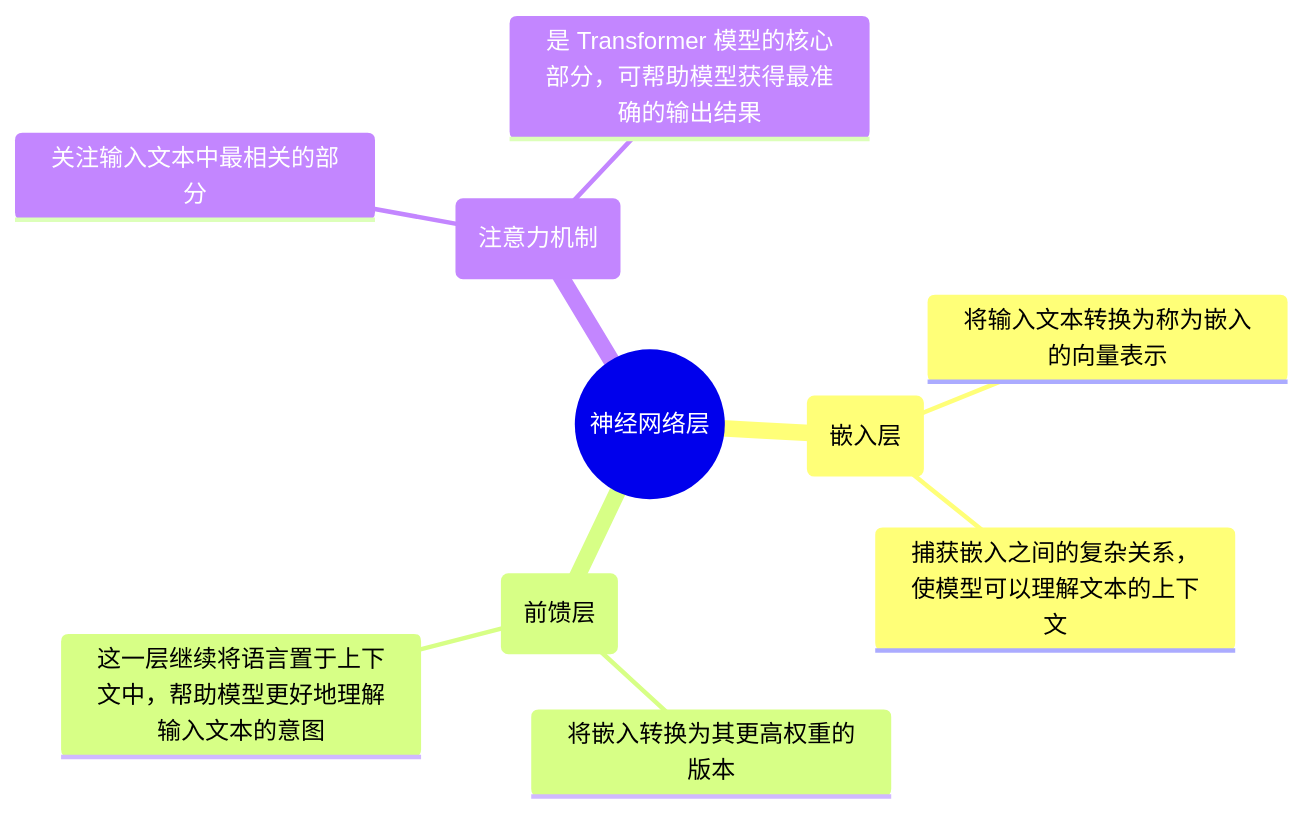
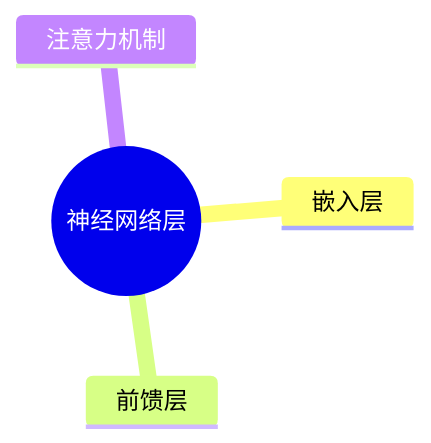
Before and after one commit to ytxmobile98/https-dev.amazoncloud.cn-learn-aitalent: the third of 4 diagrams in 技术研发效能/Module 1 - 如何使用大模型/2. 提示工程基础知识/基础模型的基础知识.md, drawn with Mermaid. The commit also changed other lines of this file, not shown here.

````diff
--- a/技术研发效能/Module 1 - 如何使用大模型/2. 提示工程基础知识/基础模型的基础知识.md
+++ b/技术研发效能/Module 1 - 如何使用大模型/2. 提示工程基础知识/基础模型的基础知识.md
@@ -132,13 +134,7 @@
 ```mermaid
 mindmap
 ((神经网络层))
-    (嵌入层)
-        将输入文本转换为称为嵌入的向量表示
-        捕获嵌入之间的复杂关系，使模型可以理解文本的上下文
-    (前馈层)
-        将嵌入转换为其更高权重的版本
-        这一层继续将语言置于上下文中，帮助模型更好地理解输入文本的意图
-    (注意力机制)
-        关注输入文本中最相关的部分
-        是 Transformer 模型的核心部分，可帮助模型获得最准确的输出结果
+    嵌入层
+    前馈层
+    注意力机制
 ```
````
